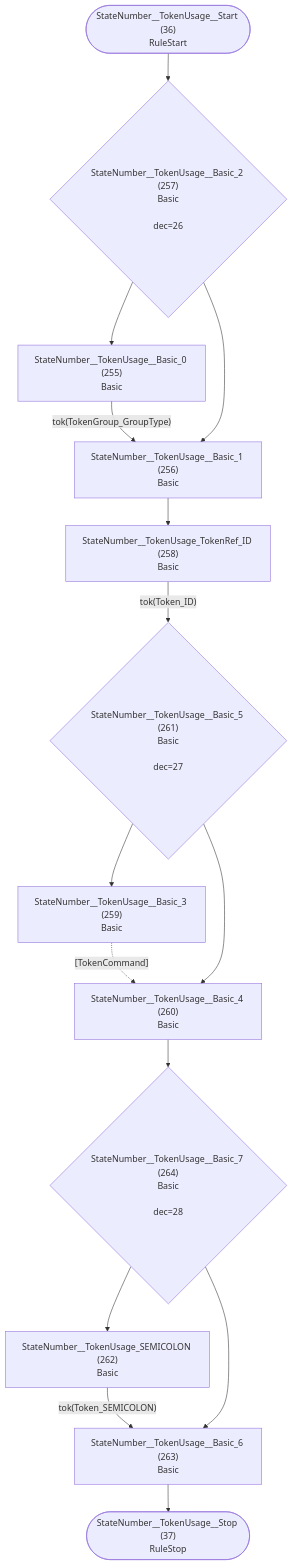
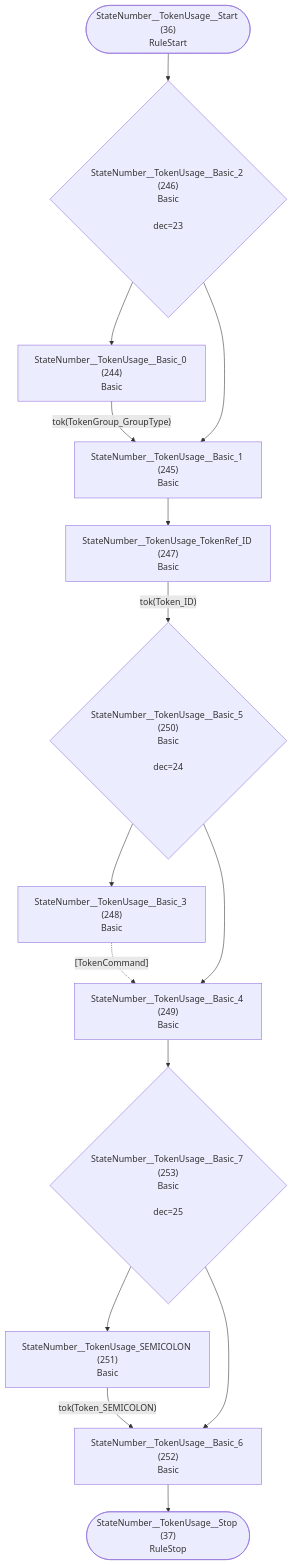
Diagram 19 of 36 in internal/grammar/atn.md (TypeFox/fastbelt), drawn with Mermaid before and after one commit. The commit also changed other lines of this file and 9 other files, not shown here.

````diff
--- a/internal/grammar/atn.md
+++ b/internal/grammar/atn.md
@@ -588,30 +563,30 @@
 ```mermaid
 flowchart TD
     q36(["StateNumber__TokenUsage__Start (36)<br/>RuleStart"])
     q37(["StateNumber__TokenUsage__Stop (37)<br/>RuleStop"])
-    q255["StateNumber__TokenUsage__Basic_0 (255)<br/>Basic<br/>"]
-    q256["StateNumber__TokenUsage__Basic_1 (256)<br/>Basic<br/>"]
-    q257{"StateNumber__TokenUsage__Basic_2 (257)<br/>Basic<br/><br/>dec=26"}
-    q258["StateNumber__TokenUsage_TokenRef_ID (258)<br/>Basic<br/>"]
-    q259["StateNumber__TokenUsage__Basic_3 (259)<br/>Basic<br/>"]
-    q260["StateNumber__TokenUsage__Basic_4 (260)<br/>Basic<br/>"]
-    q261{"StateNumber__TokenUsage__Basic_5 (261)<br/>Basic<br/><br/>dec=27"}
-    q262["StateNumber__TokenUsage_SEMICOLON (262)<br/>Basic<br/>"]
-    q263["StateNumber__TokenUsage__Basic_6 (263)<br/>Basic<br/>"]
-    q264{"StateNumber__TokenUsage__Basic_7 (264)<br/>Basic<br/><br/>dec=28"}
+    q244["StateNumber__TokenUsage__Basic_0 (244)<br/>Basic<br/>"]
+    q245["StateNumber__TokenUsage__Basic_1 (245)<br/>Basic<br/>"]
+    q246{"StateNumber__TokenUsage__Basic_2 (246)<br/>Basic<br/><br/>dec=23"}
+    q247["StateNumber__TokenUsage_TokenRef_ID (247)<br/>Basic<br/>"]
+    q248["StateNumber__TokenUsage__Basic_3 (248)<br/>Basic<br/>"]
+    q249["StateNumber__TokenUsage__Basic_4 (249)<br/>Basic<br/>"]
+    q250{"StateNumber__TokenUsage__Basic_5 (250)<br/>Basic<br/><br/>dec=24"}
+    q251["StateNumber__TokenUsage_SEMICOLON (251)<br/>Basic<br/>"]
+    q252["StateNumber__TokenUsage__Basic_6 (252)<br/>Basic<br/>"]
+    q253{"StateNumber__TokenUsage__Basic_7 (253)<br/>Basic<br/><br/>dec=25"}
 
-    q36 --> q257
-    q255 -->|"tok(TokenGroup_GroupType)"| q256
-    q256 --> q258
-    q257 --> q255
-    q257 --> q256
-    q258 -->|"tok(Token_ID)"| q261
-    q259 -.->|"[TokenCommand]"| q260
-    q260 --> q264
-    q261 --> q259
-    q261 --> q260
-    q262 -->|"tok(Token_SEMICOLON)"| q263
-    q263 --> q37
-    q264 --> q262
-    q264 --> q263
+    q36 --> q246
+    q244 -->|"tok(TokenGroup_GroupType)"| q245
+    q245 --> q247
+    q246 --> q244
+    q246 --> q245
+    q247 -->|"tok(Token_ID)"| q250
+    q248 -.->|"[TokenCommand]"| q249
+    q249 --> q253
+    q250 --> q248
+    q250 --> q249
+    q251 -->|"tok(Token_SEMICOLON)"| q252
+    q252 --> q37
+    q253 --> q251
+    q253 --> q252
 ```
````
